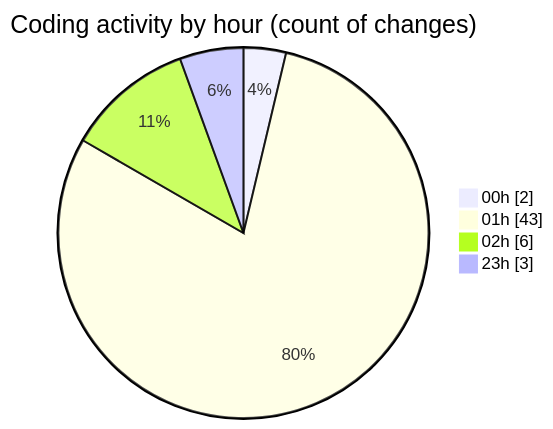
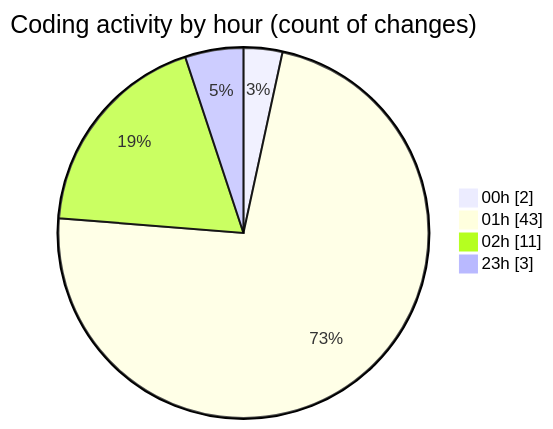
Before and after one commit to lephambinh05/code-tracking: the second of 2 diagrams in 2025-07-16/nhahang/README.md, drawn with Mermaid. The commit also changed other lines of this file and 1 other file, not shown here.

````diff
--- a/2025-07-16/nhahang/README.md
+++ b/2025-07-16/nhahang/README.md
@@ -51,8 +54,8 @@
 ```mermaid
 pie showData
 title Coding activity by hour (count of changes)
 "00h" : 2
 "01h" : 43
-"02h" : 6
+"02h" : 11
 "23h" : 3
 ```
````
